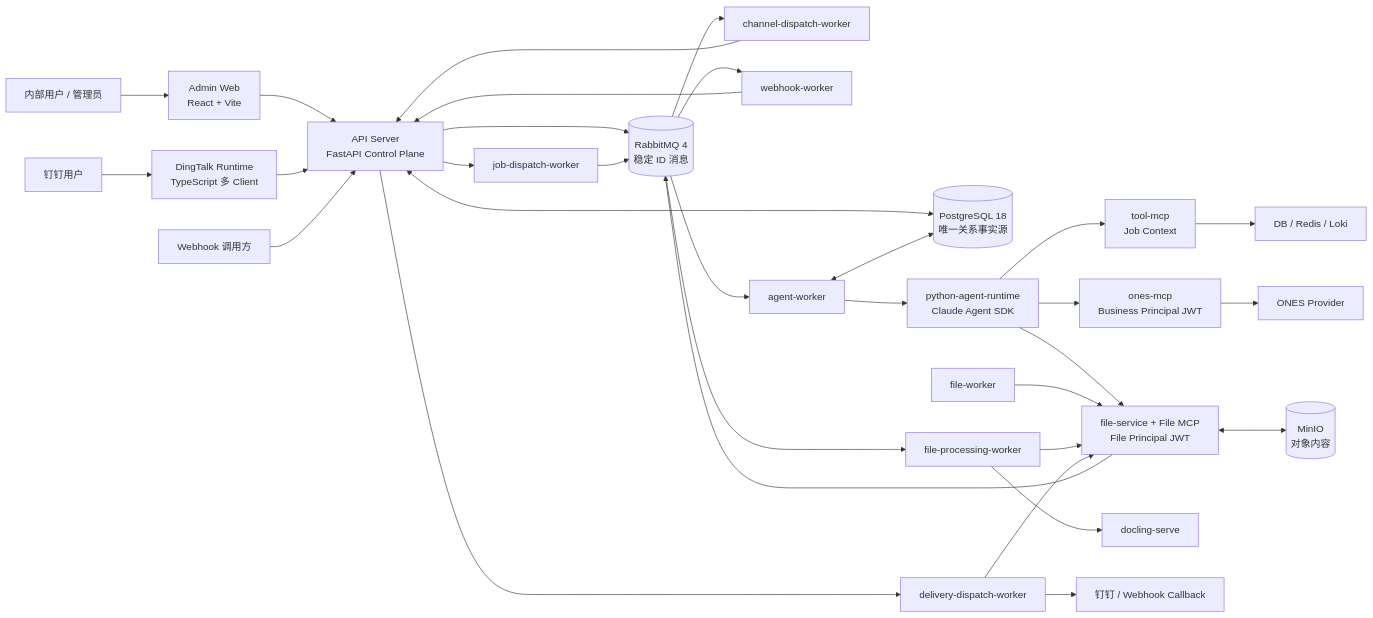
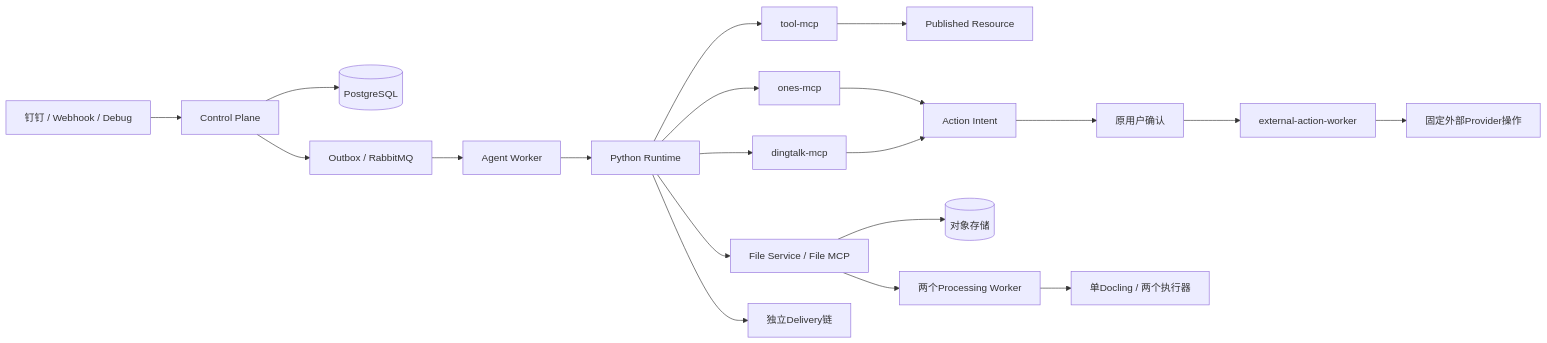
The diagram in docs/reference/enterprise-agent-project-context-for-chatgpt.md (zmh117/enterprise_agent), drawn with Mermaid before and after one commit. The commit also changed other lines of this file and 234 other files, not shown here.

````diff
--- a/docs/reference/enterprise-agent-project-context-for-chatgpt.md
+++ b/docs/reference/enterprise-agent-project-context-for-chatgpt.md
@@ -84,49 +39,22 @@
 ```mermaid
 flowchart LR
-    U[内部用户 / 管理员]
-    DT[钉钉用户]
-    WH[Webhook 调用方]
-    WEB[Admin Web\nReact + Vite]
-    DTR[DingTalk Runtime\nTypeScript 多 Client]
-    API[API Server\nFastAPI Control Plane]
-    PG[(PostgreSQL 18\n唯一关系事实源)]
-    MQ[(RabbitMQ 4\n稳定 ID 消息)]
-    CW[channel-dispatch-worker]
-    WW[webhook-worker]
-    JW[job-dispatch-worker]
-    AW[agent-worker]
-    RT[python-agent-runtime\nClaude Agent SDK]
-    TM[tool-mcp\nJob Context]
-    OM[ones-mcp\nBusiness Principal JWT]
-    FS[file-service + File MCP\nFile Principal JWT]
-    FW[file-worker]
-    FPW[file-processing-worker]
-    DOC[docling-serve]
-    MINIO[(MinIO\n对象内容)]
-    DW[delivery-dispatch-worker]
-    EXT[DB / Redis / Loki]
-    ONES[ONES Provider]
-    OUT[钉钉 / Webhook Callback]
-
-    U --> WEB --> API
-    DT --> DTR --> API
-    WH --> API
-    API <--> PG
-    API --> MQ
-    MQ --> CW --> API
-    MQ --> WW --> API
-    API --> JW --> MQ
-    MQ --> AW
-    AW <--> PG
-    AW --> RT
-    RT --> TM --> EXT
-    RT --> OM --> ONES
-    RT --> FS
-    FW --> FS
-    FS <--> MINIO
-    FS --> MQ --> FPW --> DOC
-    FPW --> FS
-    API --> DW
-    DW --> FS
-    DW --> OUT
+    C[钉钉 / Webhook / Debug] --> API[Control Plane]
+    API --> PG[(PostgreSQL)]
+    API --> O[Outbox / RabbitMQ]
+    O --> AW[Agent Worker]
+    AW --> RT[Python Runtime]
+    RT --> TM[tool-mcp]
+    RT --> OM[ones-mcp]
+    RT --> DM[dingtalk-mcp]
+    RT --> FS[File Service / File MCP]
+    TM --> R[Published Resource]
+    OM --> I[Action Intent]
+    DM --> I
+    I --> U[原用户确认]
+    U --> X[external-action-worker]
+    X --> P[固定外部Provider操作]
+    RT --> D[独立Delivery链]
+    FS --> M[(对象存储)]
+    FS --> FW[两个Processing Worker]
+    FW --> DOC[单Docling / 两个执行器]
 ```
````
